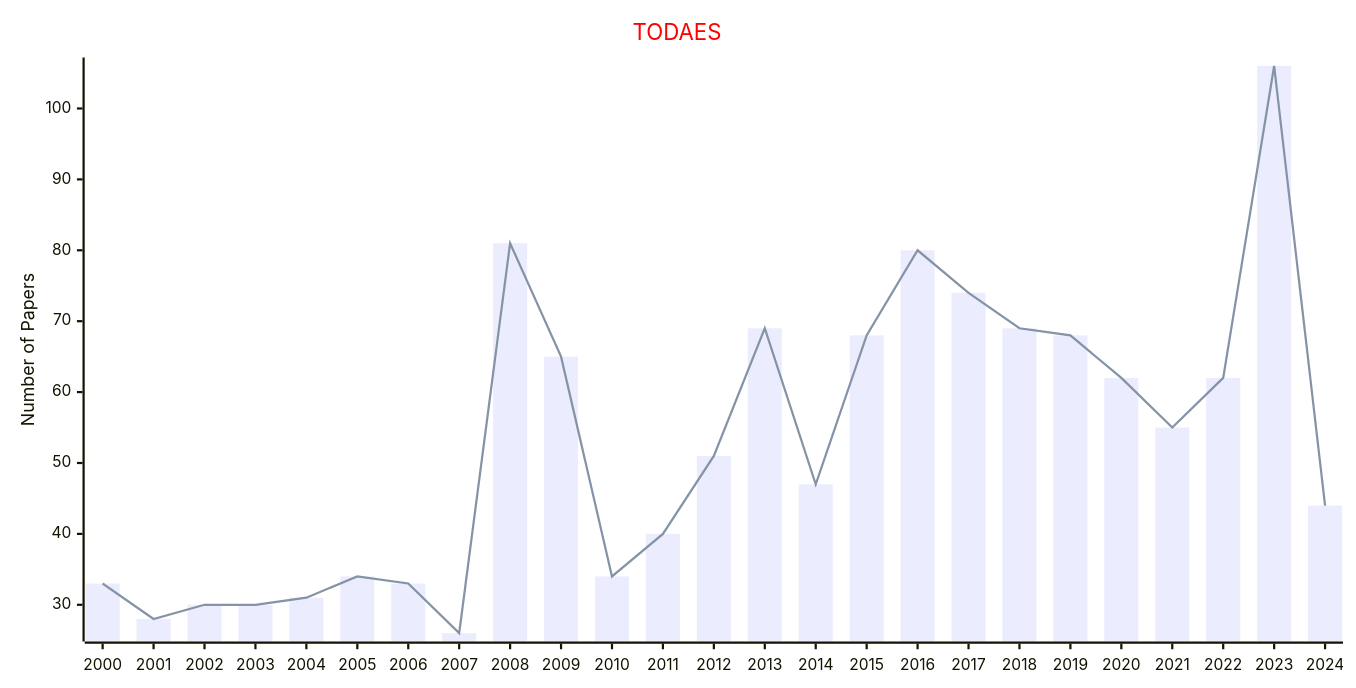
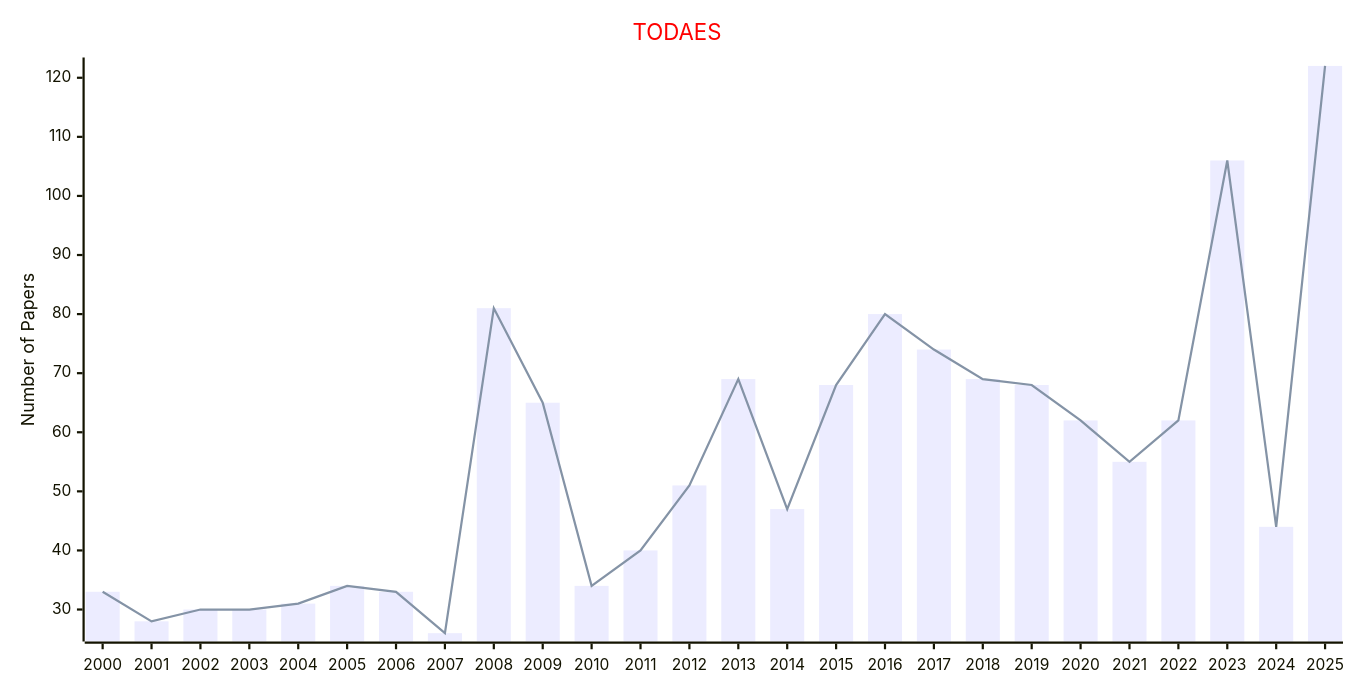
Before and after one commit to Easy-PhD/AILinks: the diagram in docs/data/Journals/Statistics_Journals/Electronic_Systems.md, drawn with Mermaid. The commit also changed 93 other files, not shown here.

````diff
--- a/docs/data/Journals/Statistics_Journals/Electronic_Systems.md
+++ b/docs/data/Journals/Statistics_Journals/Electronic_Systems.md
@@ -9,17 +9,17 @@
 ```mermaid
 ---
 config:
     xyChart:
         width: 1200
         height: 600
     themeVariables:
         xyChart:
             titleColor: "#ff0000"
 ---
 xychart-beta
     title "TODAES"
-    x-axis [2000, 2001, 2002, 2003, 2004, 2005, 2006, 2007, 2008, 2009, 2010, 2011, 2012, 2013, 2014, 2015, 2016, 2017, 2018, 2019, 2020, 2021, 2022, 2023, 2024]
+    x-axis [2000, 2001, 2002, 2003, 2004, 2005, 2006, 2007, 2008, 2009, 2010, 2011, 2012, 2013, 2014, 2015, 2016, 2017, 2018, 2019, 2020, 2021, 2022, 2023, 2024, 2025]
     y-axis "Number of Papers"
-    bar [33, 28, 30, 30, 31, 34, 33, 26, 81, 65, 34, 40, 51, 69, 47, 68, 80, 74, 69, 68, 62, 55, 62, 106, 44]
-    line [33, 28, 30, 30, 31, 34, 33, 26, 81, 65, 34, 40, 51, 69, 47, 68, 80, 74, 69, 68, 62, 55, 62, 106, 44]
+    bar [33, 28, 30, 30, 31, 34, 33, 26, 81, 65, 34, 40, 51, 69, 47, 68, 80, 74, 69, 68, 62, 55, 62, 106, 44, 122]
+    line [33, 28, 30, 30, 31, 34, 33, 26, 81, 65, 34, 40, 51, 69, 47, 68, 80, 74, 69, 68, 62, 55, 62, 106, 44, 122]
 ```
````
